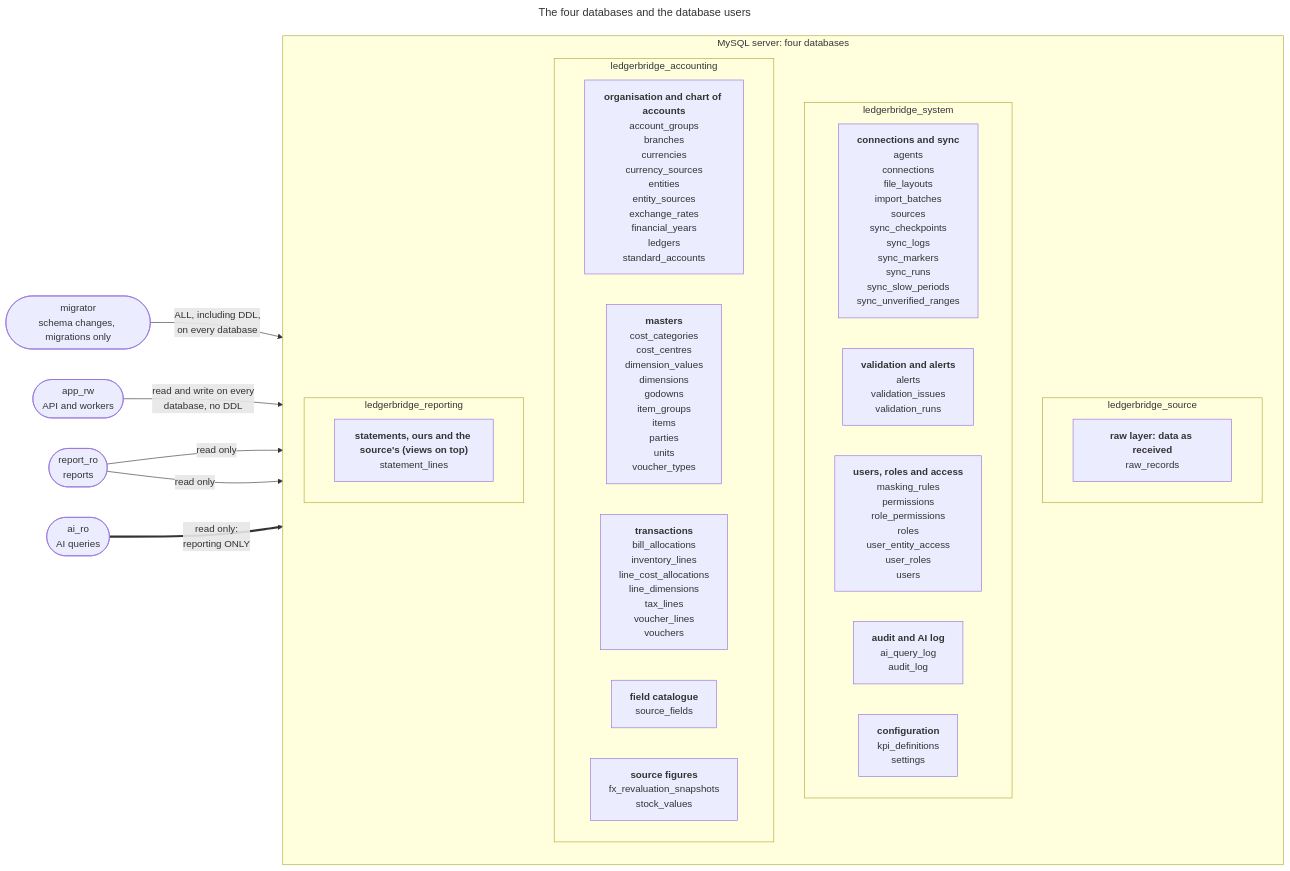
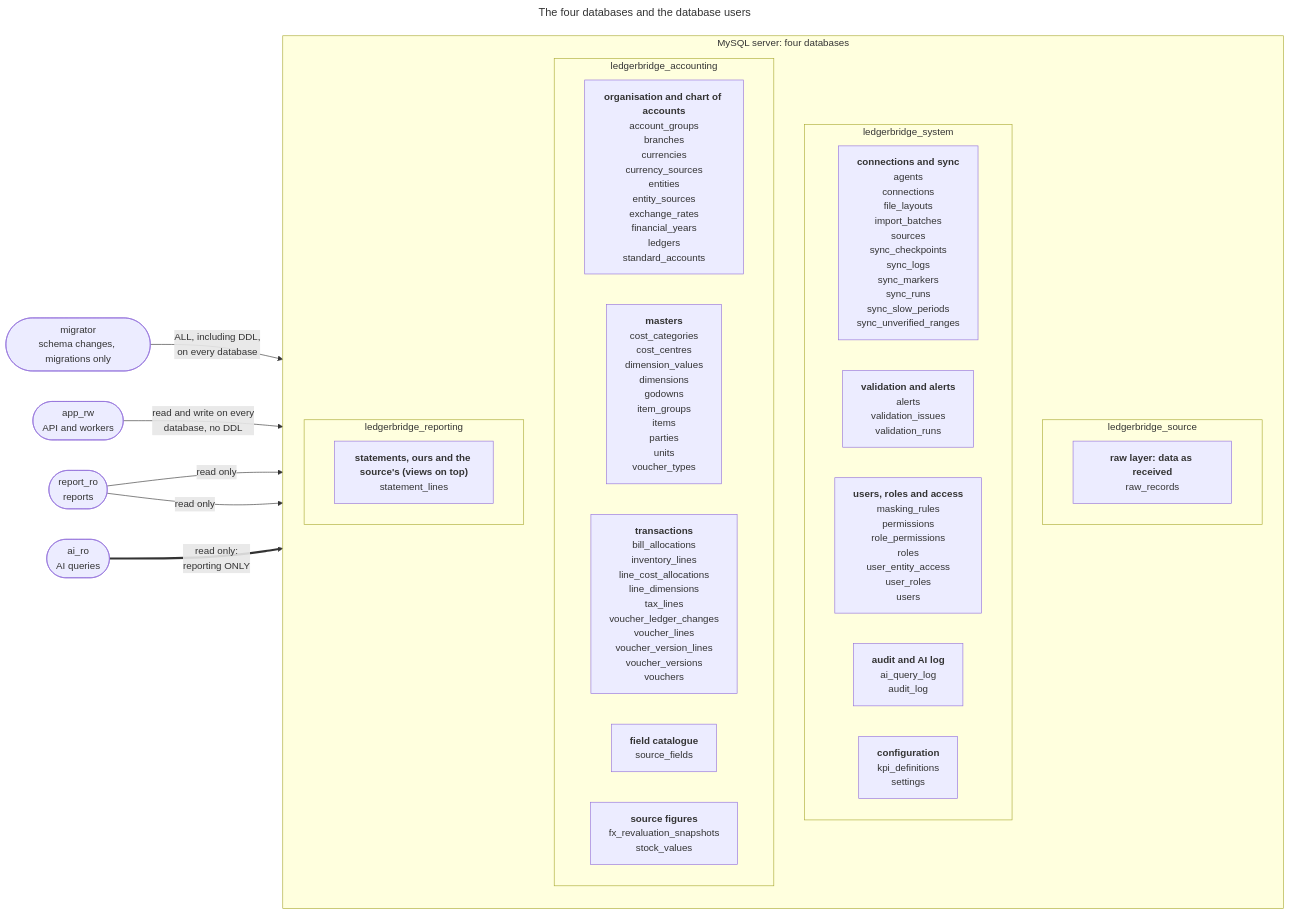
One commit to empirical-logic-2026/ledgerbridge changed the diagram in docs/diagrams/schema-databases.mmd. Above: the diagram before and after it, drawn with Mermaid. The commit also changed 85 other files, not shown here.

```diff
--- a/docs/diagrams/schema-databases.mmd
+++ b/docs/diagrams/schema-databases.mmd
@@ -1,38 +1,38 @@
 ---
 title: "The four databases and the database users"
 ---
 %% Generated by `python -m devtools.diagrams` from core/models: don't edit by hand.
 flowchart LR
     migrator(["migrator<br/>schema changes, migrations only"])
     app_rw(["app_rw<br/>API and workers"])
     report_ro(["report_ro<br/>reports"])
     ai_ro(["ai_ro<br/>AI queries"])
     subgraph mysql["MySQL server: four databases"]
     direction TB
     subgraph ledgerbridge_source["ledgerbridge_source"]
         ledgerbridge_source_1["<b>raw layer: data as received</b><br/>raw_records"]
     end
     subgraph ledgerbridge_system["ledgerbridge_system"]
         ledgerbridge_system_1["<b>connections and sync</b><br/>agents<br/>connections<br/>file_layouts<br/>import_batches<br/>sources<br/>sync_checkpoints<br/>sync_logs<br/>sync_markers<br/>sync_runs<br/>sync_slow_periods<br/>sync_unverified_ranges"]
         ledgerbridge_system_2["<b>validation and alerts</b><br/>alerts<br/>validation_issues<br/>validation_runs"]
         ledgerbridge_system_3["<b>users, roles and access</b><br/>masking_rules<br/>permissions<br/>role_permissions<br/>roles<br/>user_entity_access<br/>user_roles<br/>users"]
         ledgerbridge_system_4["<b>audit and AI log</b><br/>ai_query_log<br/>audit_log"]
         ledgerbridge_system_5["<b>configuration</b><br/>kpi_definitions<br/>settings"]
     end
     subgraph ledgerbridge_accounting["ledgerbridge_accounting"]
         ledgerbridge_accounting_1["<b>organisation and chart of accounts</b><br/>account_groups<br/>branches<br/>currencies<br/>currency_sources<br/>entities<br/>entity_sources<br/>exchange_rates<br/>financial_years<br/>ledgers<br/>standard_accounts"]
         ledgerbridge_accounting_2["<b>masters</b><br/>cost_categories<br/>cost_centres<br/>dimension_values<br/>dimensions<br/>godowns<br/>item_groups<br/>items<br/>parties<br/>units<br/>voucher_types"]
-        ledgerbridge_accounting_3["<b>transactions</b><br/>bill_allocations<br/>inventory_lines<br/>line_cost_allocations<br/>line_dimensions<br/>tax_lines<br/>voucher_lines<br/>vouchers"]
+        ledgerbridge_accounting_3["<b>transactions</b><br/>bill_allocations<br/>inventory_lines<br/>line_cost_allocations<br/>line_dimensions<br/>tax_lines<br/>voucher_ledger_changes<br/>voucher_lines<br/>voucher_version_lines<br/>voucher_versions<br/>vouchers"]
         ledgerbridge_accounting_4["<b>field catalogue</b><br/>source_fields"]
         ledgerbridge_accounting_5["<b>source figures</b><br/>fx_revaluation_snapshots<br/>stock_values"]
     end
     subgraph ledgerbridge_reporting["ledgerbridge_reporting"]
         ledgerbridge_reporting_1["<b>statements, ours and the source's (views on top)</b><br/>statement_lines"]
     end
     end
     migrator -->|"ALL, including DDL,<br/>on every database"| mysql
     app_rw -->|"read and write on every<br/>database, no DDL"| mysql
     report_ro -->|"read only"| ledgerbridge_accounting
     report_ro -->|"read only"| ledgerbridge_reporting
     ai_ro ==>|"read only:<br/>reporting ONLY"| ledgerbridge_reporting
     classDef planned fill:#f3f4f6,stroke:#9ca3af,stroke-dasharray:5 5,color:#4b5563
```
